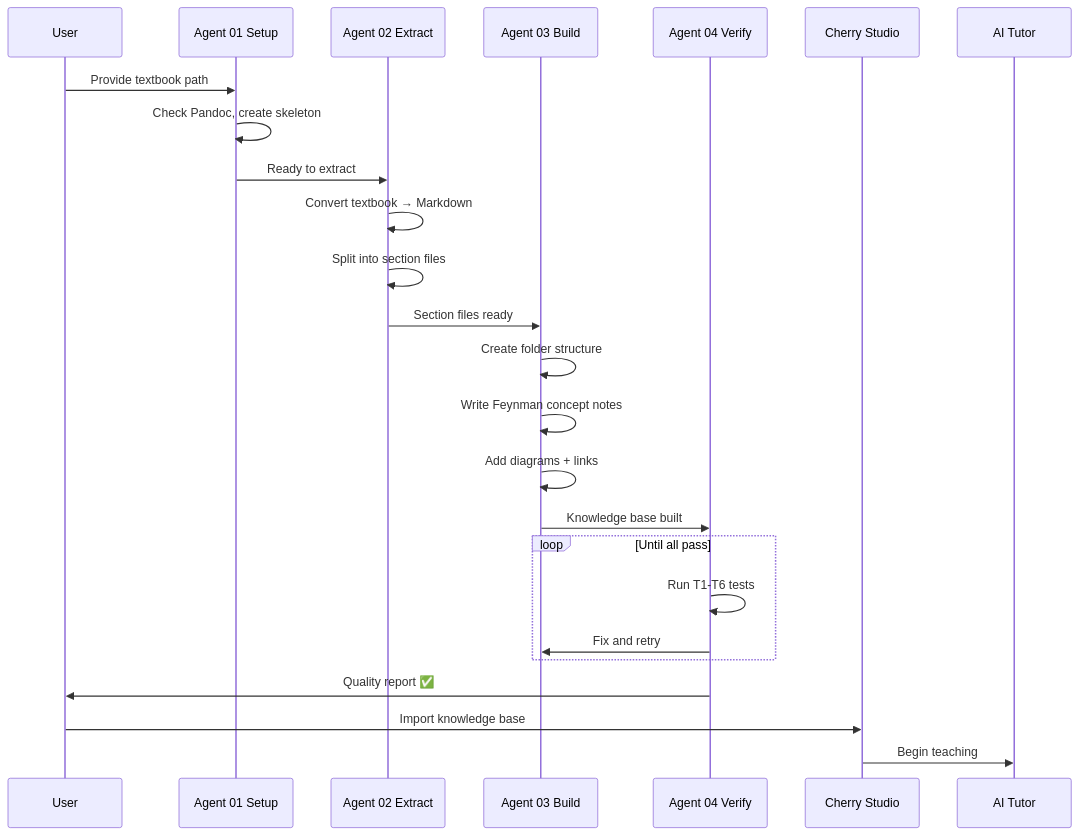
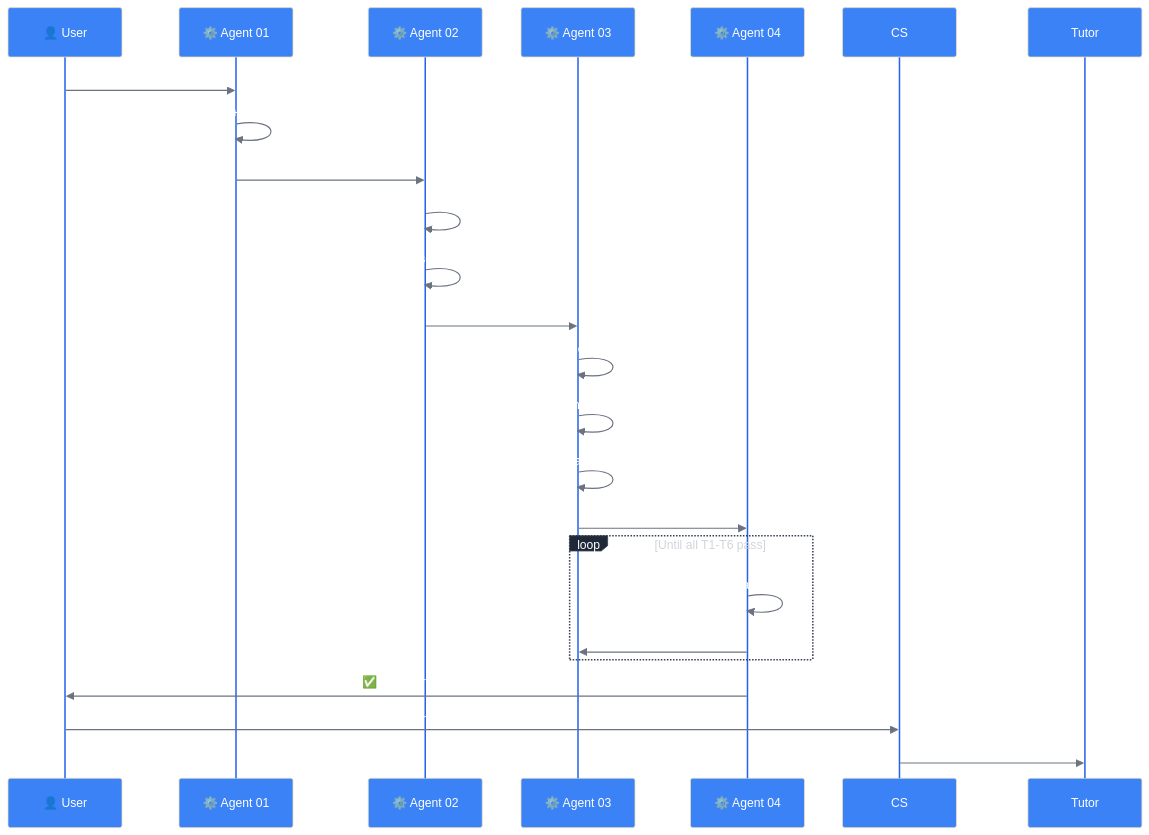
The third of 10 diagrams in README.md (3229218431/FeynFlow), drawn with Mermaid before and after one commit. The commit also changed other lines of this file, not shown here.

Commit message:
All 7 Mermaid charts now have proper %%{init} themeVariables + classDef colors. Dark-mode-safe saturated colors with white text. sequenceDiagram, gantt, stateDiagram all styled.

````diff
--- a/README.md
+++ b/README.md
@@ -75,26 +82,27 @@
 ```mermaid
+%%{init: {'theme':'base','themeVariables': {'actorBkg': '#3B82F6','actorTextColor': '#fff','actorLineColor': '#2563EB','signalColor': '#6B7280','signalTextColor': '#fff','labelBoxBkgColor': '#1f2937','labelBoxBorderColor': '#374151','loopTextColor': '#d1d5db'}}}%%
 sequenceDiagram
-    participant U as User
-    participant A1 as Agent 01 Setup
-    participant A2 as Agent 02 Extract
-    participant A3 as Agent 03 Build
-    participant A4 as Agent 04 Verify
+    participant U as 👤 User
+    participant A1 as ⚙️ Agent 01
+    participant A2 as ⚙️ Agent 02
+    participant A3 as ⚙️ Agent 03
+    participant A4 as ⚙️ Agent 04
     
     U->>A1: Provide textbook path
-    A1->>A1: Check Pandoc, create skeleton
-    A1->>A2: Ready to extract
-    A2->>A2: Convert textbook → Markdown
+    A1->>A1: Check Pandoc + create skeleton
+    A1->>A2: Textbook ready to extract
+    A2->>A2: Convert to Markdown
     A2->>A2: Split into section files
     A2->>A3: Section files ready
     A3->>A3: Create folder structure
-    A3->>A3: Write Feynman concept notes
+    A3->>A3: Write Feynman notes
     A3->>A3: Add diagrams + links
     A3->>A4: Knowledge base built
-    loop Until all pass
-        A4->>A4: Run T1-T6 tests
+    loop Until all T1-T6 pass
+        A4->>A4: Run quality tests
         A4->>A3: Fix and retry
     end
-    A4->>U: Quality report ✅
-    U->>Cherry Studio: Import knowledge base
-    Cherry Studio->>AI Tutor: Begin teaching
+    A4->>U: ✅ Quality report
+    U->>CS: Import to Cherry Studio
+    CS->>Tutor: AI Feynman tutor begins
 ```
````
